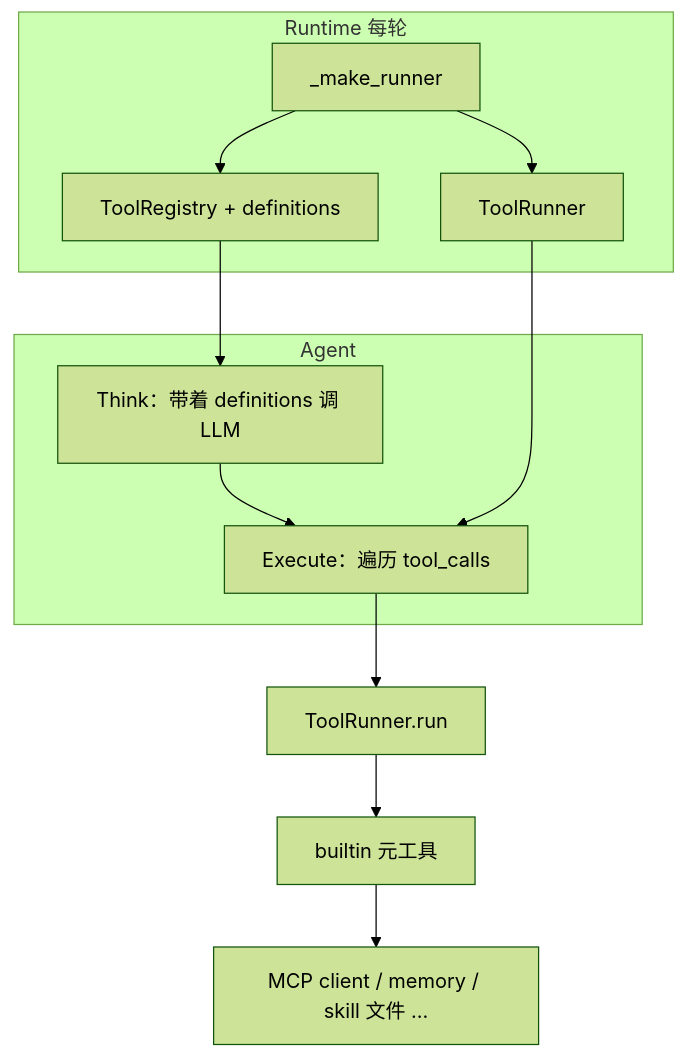
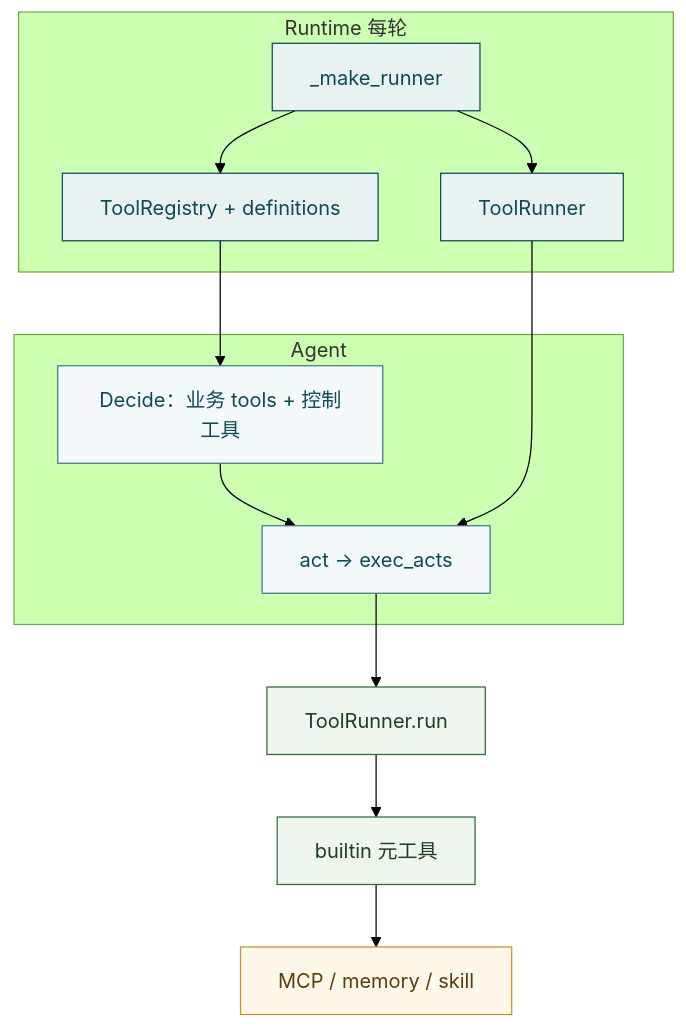
The second of 2 diagrams in docs/modules/tools.md (Zhong-y-j/Hubloom), drawn with Mermaid (forest theme) before and after one commit. The commit also changed other lines of this file, not shown here.

Commit message:
重写 Tools 模块导读，对齐 Decide/act 执行面与元工具边界。

````diff
--- a/docs/modules/tools.md
+++ b/docs/modules/tools.md
@@ -69,18 +90,32 @@
 ```mermaid
 flowchart TB
   subgraph runtime["Runtime 每轮"]
     MR["_make_runner"]
-    MR --> REG["ToolRegistry + definitions"]
-    MR --> TR["ToolRunner"]
+    REG["ToolRegistry + definitions"]
+    TR["ToolRunner"]
+    MR --> REG
+    MR --> TR
   end
+
   subgraph agent["Agent"]
-    THINK["Think：带着 definitions 调 LLM"]
-    EXEC["Execute：遍历 tool_calls"]
-    THINK --> EXEC
+    DEC["Decide：业务 tools + 控制工具"]
+    ACT["act → exec_acts"]
+    DEC --> ACT
   end
-  REG --> THINK
-  TR --> EXEC
-  EXEC --> RUN["ToolRunner.run"]
+
+  REG --> DEC
+  TR --> ACT
+  ACT --> RUN["ToolRunner.run"]
   RUN --> Builtin["builtin 元工具"]
-  Builtin --> MCP["MCP client / memory / skill 文件 …"]
+  Builtin --> MCP["MCP / memory / skill"]
+
+  classDef rt fill:#e8f2f3,stroke:#0e4a52,color:#0e4a52
+  classDef ag fill:#f4fafb,stroke:#3d7a82,color:#0e4a52
+  classDef exec fill:#eef6ee,stroke:#2f6b3a,color:#1e3d24
+  classDef down fill:#fff7e8,stroke:#c4922a,color:#5c3d0a
+
+  class MR,REG,TR rt
+  class DEC,ACT ag
+  class RUN,Builtin exec
+  class MCP down
 ```
````
